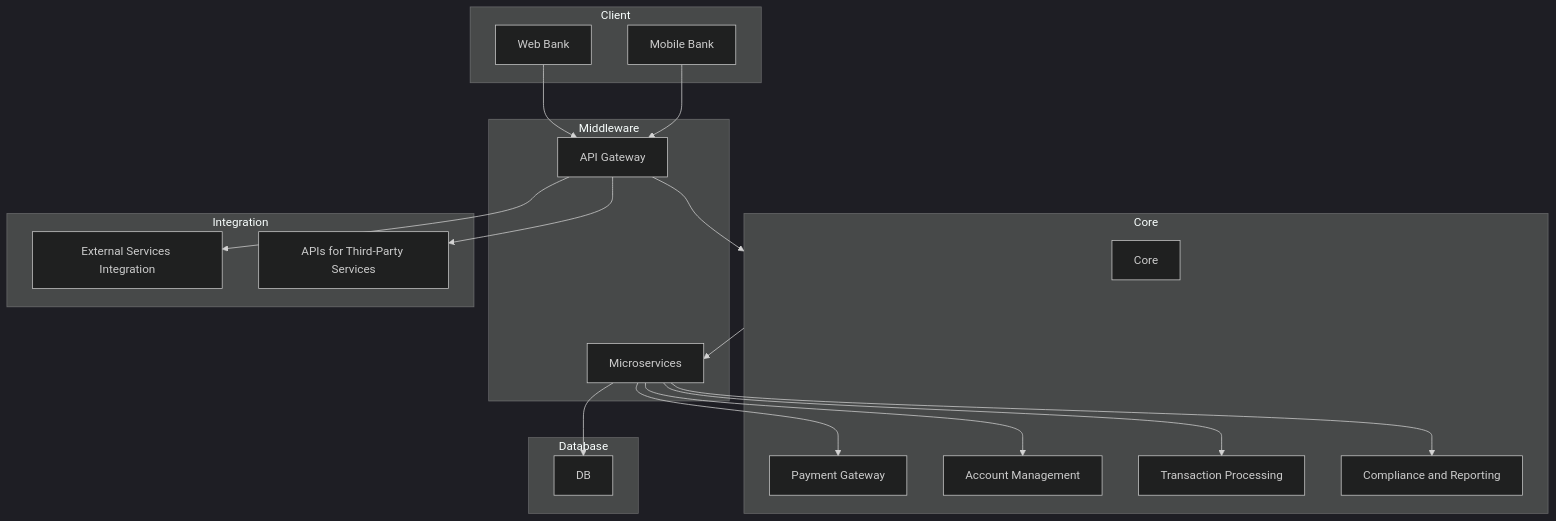
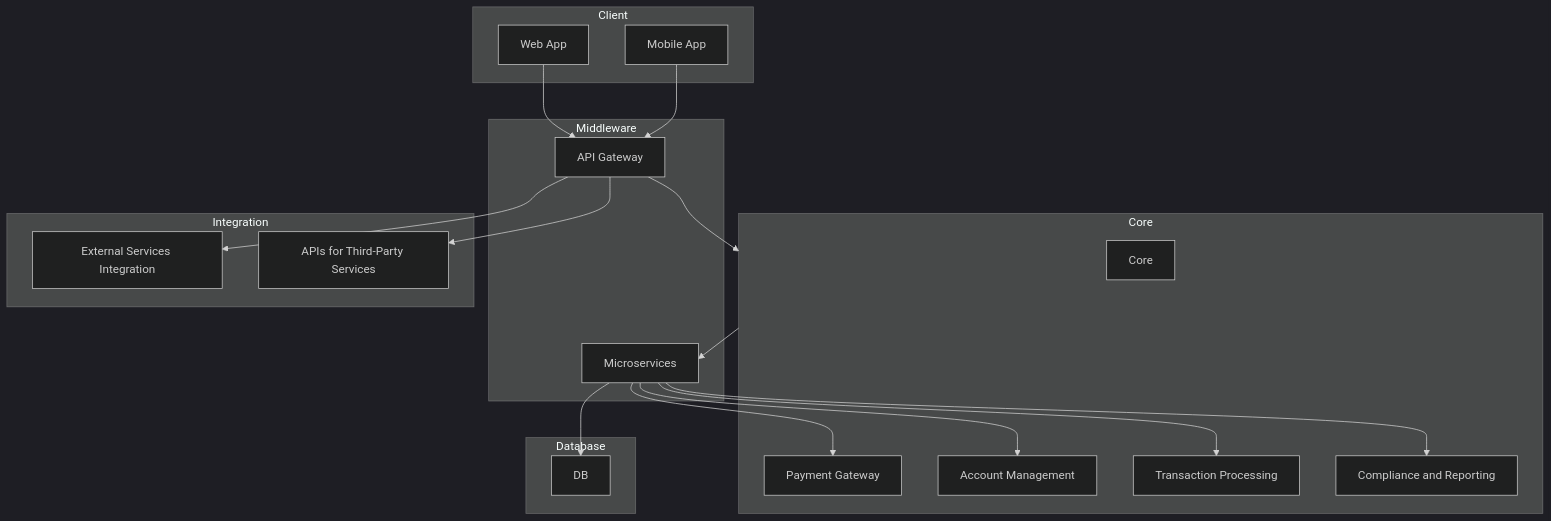
Before and after one commit to LucasAssisPereira/Banco: the diagram in docs/components.md, drawn with Mermaid (dark theme).

Commit message:
[docs] fix web and mobile names in graph

````diff
--- a/docs/components.md
+++ b/docs/components.md
@@ -12,43 +12,43 @@
 ```mermaid
     graph TD
   subgraph Client
-      WebApp[Web Bank]
-      MobileApp[Mobile Bank]
+      WebApp[Web App]
+      MobileApp[Mobile App]
   end
 
   subgraph Core
       Ledger[Core]
       AccountManagement[Account Management]
       TransactionProcessing[Transaction Processing]
       PaymentGateway[Payment Gateway]
       ComplianceReporting[Compliance and Reporting]
   end
 
   subgraph Middleware
       APIGateway[API Gateway]
       Microservices[Microservices]
   end
 
   subgraph Database
       Postgres[DB]
   end
 
   subgraph Integration
       ExternalServices[External Services Integration]
       APIs[APIs for Third-Party Services]
   end
 
   WebApp --> APIGateway
   MobileApp --> APIGateway
 
   APIGateway --> Core
   APIGateway --> ExternalServices
   APIGateway --> APIs
 
   Core --> Microservices
   Microservices --> Postgres
   Microservices --> PaymentGateway
   Microservices --> AccountManagement
   Microservices --> TransactionProcessing
   Microservices --> ComplianceReporting
 ```
````
